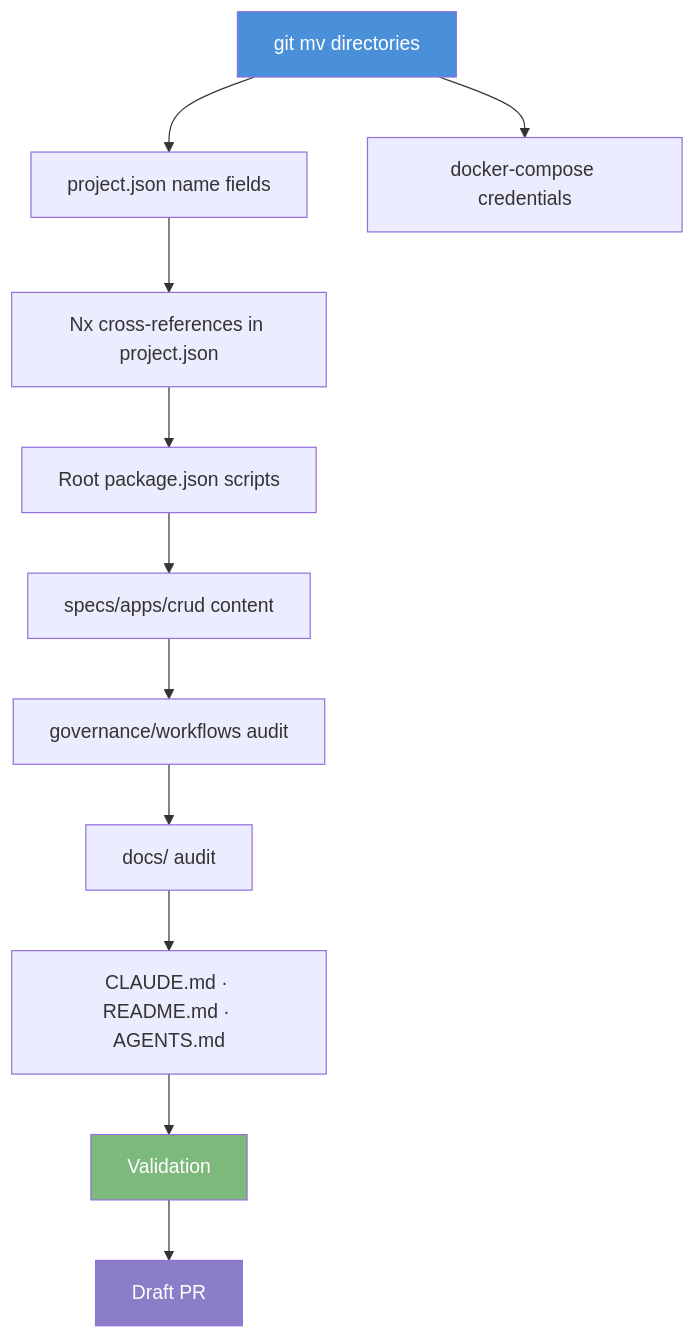
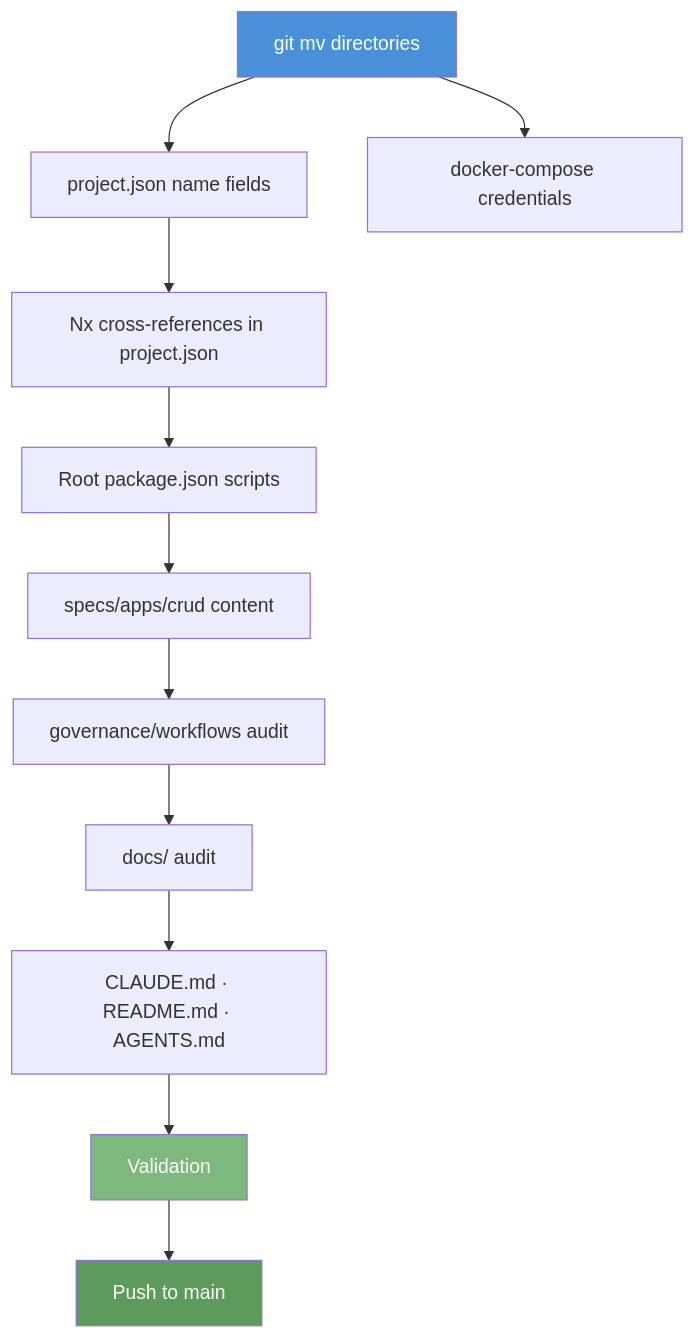
Before and after one commit to wahidyankf/ose-primer: the diagram in plans/in-progress/2026-04-26__rename-demo-to-crud/tech-docs.md, drawn with Mermaid. The commit also changed other lines of this file and 4 other files, not shown here.

````diff
--- a/plans/in-progress/2026-04-26__rename-demo-to-crud/tech-docs.md
+++ b/plans/in-progress/2026-04-26__rename-demo-to-crud/tech-docs.md
@@ -66,17 +66,17 @@
 ```mermaid
 flowchart TD
     A[git mv directories] --> B[project.json name fields]
     A --> C[docker-compose credentials]
     B --> D[Nx cross-references in project.json]
     D --> E[Root package.json scripts]
     E --> F[specs/apps/crud content]
     F --> G[governance/workflows audit]
     G --> H[docs/ audit]
     H --> I[CLAUDE.md · README.md · AGENTS.md]
     I --> J[Validation]
-    J --> K[Draft PR]
+    J --> K[Push to main]
 
     style A fill:#4A90D9,color:#fff
     style J fill:#7DB87D,color:#fff
-    style K fill:#8B7EC8,color:#fff
+    style K fill:#5C9B5C,color:#fff
 ```
````
